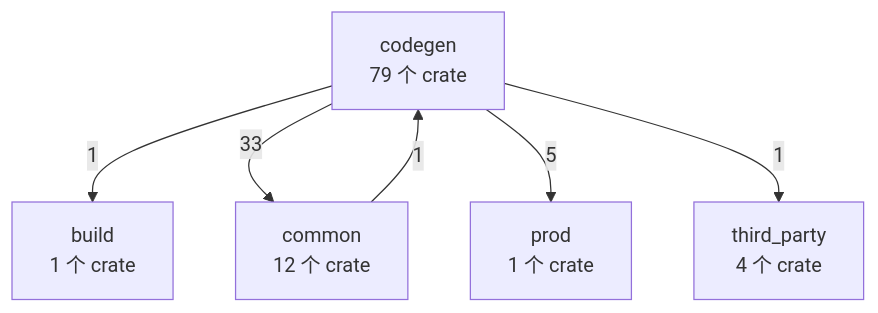
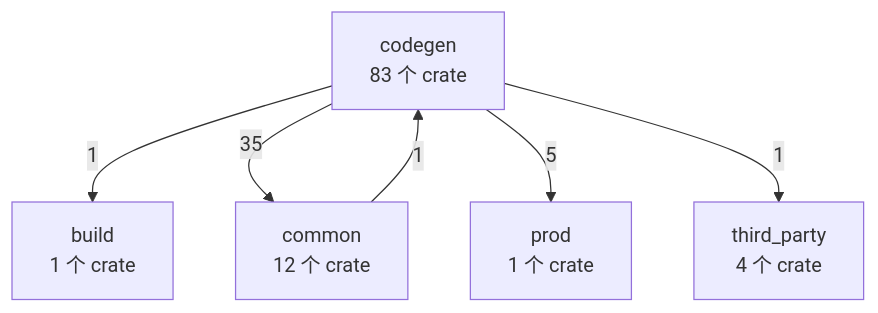
Before and after one commit to 2686521696/WhyBuddy: the first of 5 diagrams in docs/grok-build 架构图（自动生成）.md, drawn with Mermaid. The commit also changed other lines of this file and 1 other file, not shown here.

Commit message:
docs(audit): record grok alignment and regenerate graphs

````diff
--- a/docs/grok-build 架构图（自动生成）.md
+++ b/docs/grok-build 架构图（自动生成）.md
@@ -24,13 +24,13 @@
 ```mermaid
 flowchart TB
   build["build<br/>1 个 crate"]
-  codegen["codegen<br/>79 个 crate"]
+  codegen["codegen<br/>83 个 crate"]
   common["common<br/>12 个 crate"]
   prod["prod<br/>1 个 crate"]
   third_party["third_party<br/>4 个 crate"]
   codegen -->|1| build
-  codegen -->|33| common
+  codegen -->|35| common
   codegen -->|5| prod
   codegen -->|1| third_party
   common -->|1| codegen
 ```
````
